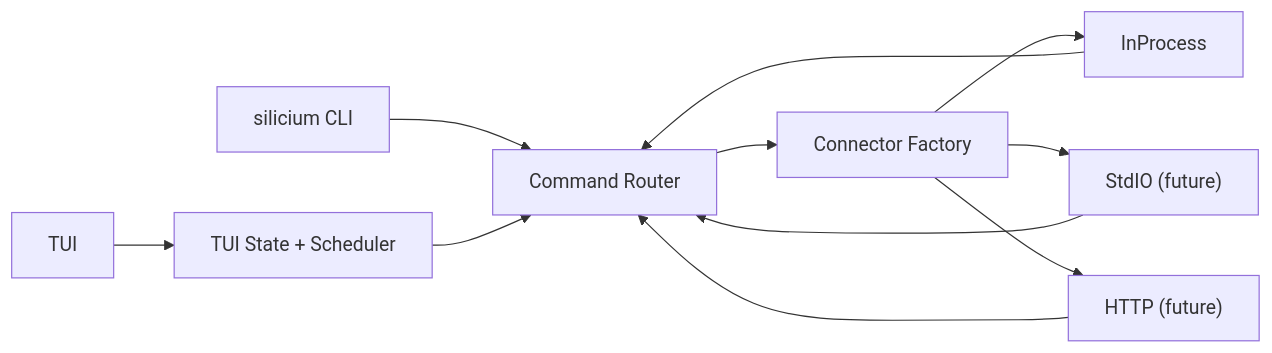
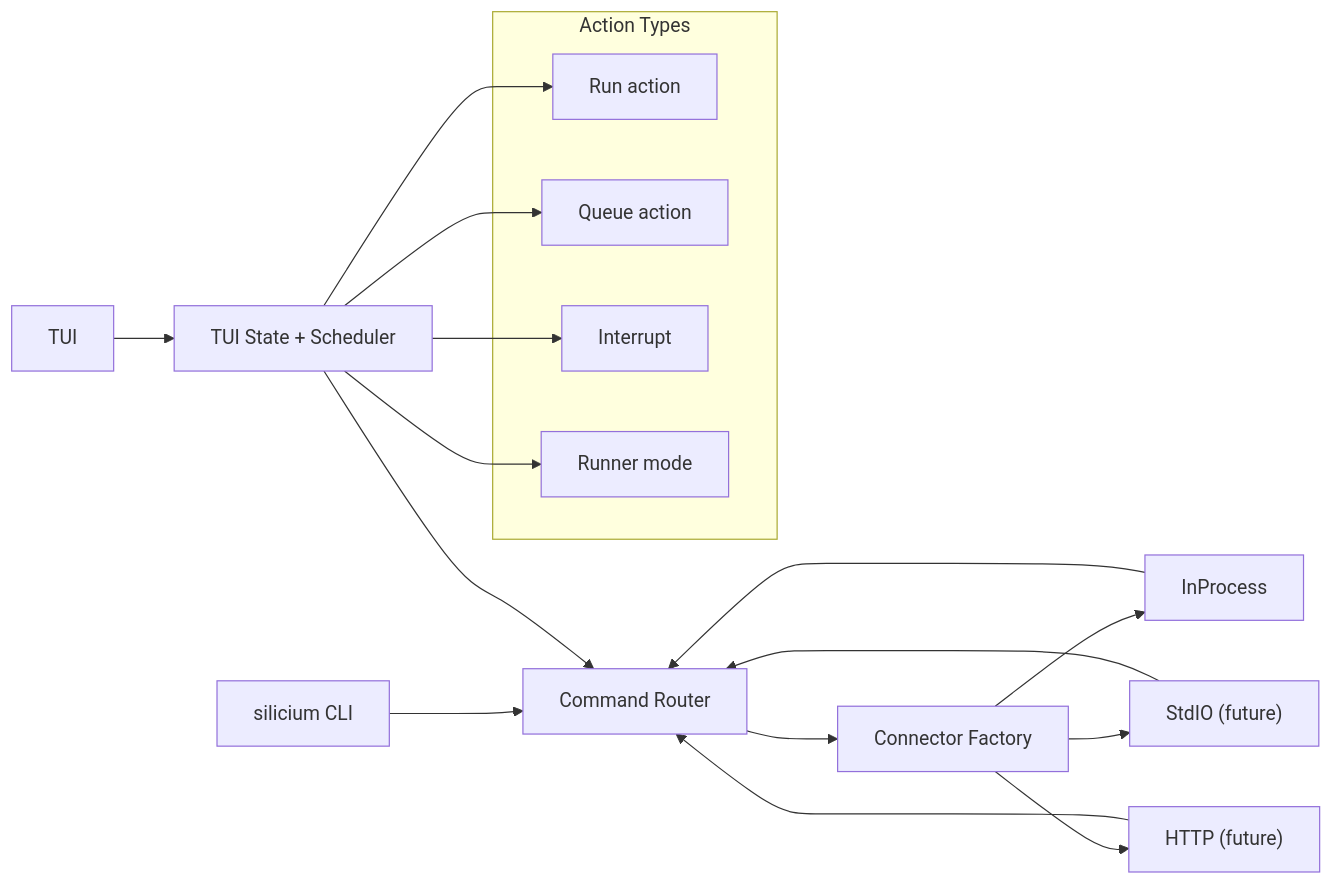
The second of 6 diagrams in README.md (Silicium-Project/Fusion), drawn with Mermaid before and after one commit. The commit also changed other lines of this file, not shown here.

Commit message:
Add detailed macro and zoom architecture diagrams

````diff
--- a/README.md
+++ b/README.md
@@ -53,12 +53,25 @@
 ```mermaid
 flowchart LR
   CLI["silicium CLI"] --> Cmds["Command Router"]
   TUI["TUI"] --> Scheduler["TUI State + Scheduler"] --> Cmds
+
   Cmds --> ConnFactory["Connector Factory"]
   ConnFactory --> InProc["InProcess"]
   ConnFactory --> StdIO["StdIO (future)"]
   ConnFactory --> HTTP["HTTP (future)"]
+
   InProc --> Cmds
   StdIO --> Cmds
   HTTP --> Cmds
+
+  subgraph Actions["Action Types"]
+    ActionRun["Run action"]
+    ActionQueue["Queue action"]
+    ActionInterrupt["Interrupt"]
+    ActionRunner["Runner mode"]
+  end
+  Scheduler --> ActionRun
+  Scheduler --> ActionQueue
+  Scheduler --> ActionInterrupt
+  Scheduler --> ActionRunner
 ```
````
